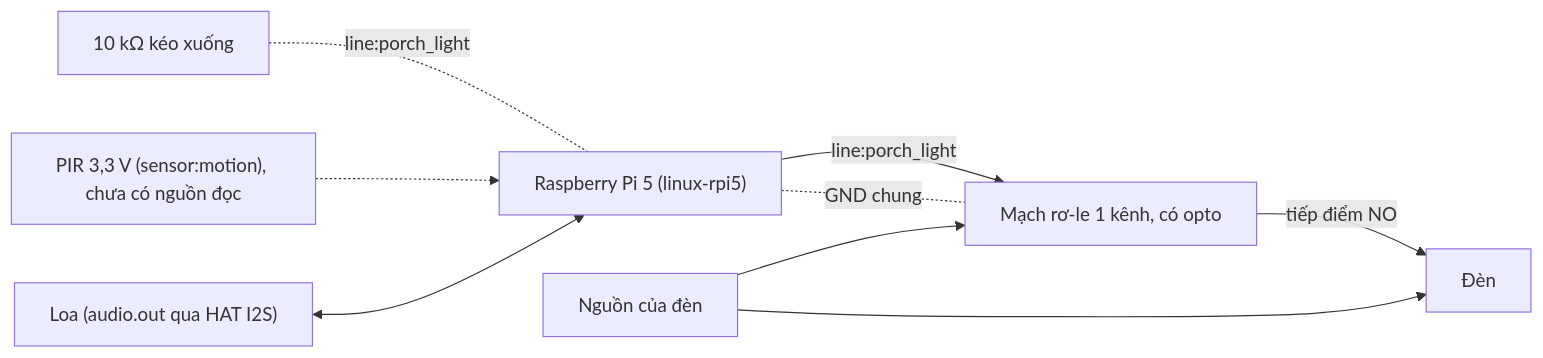
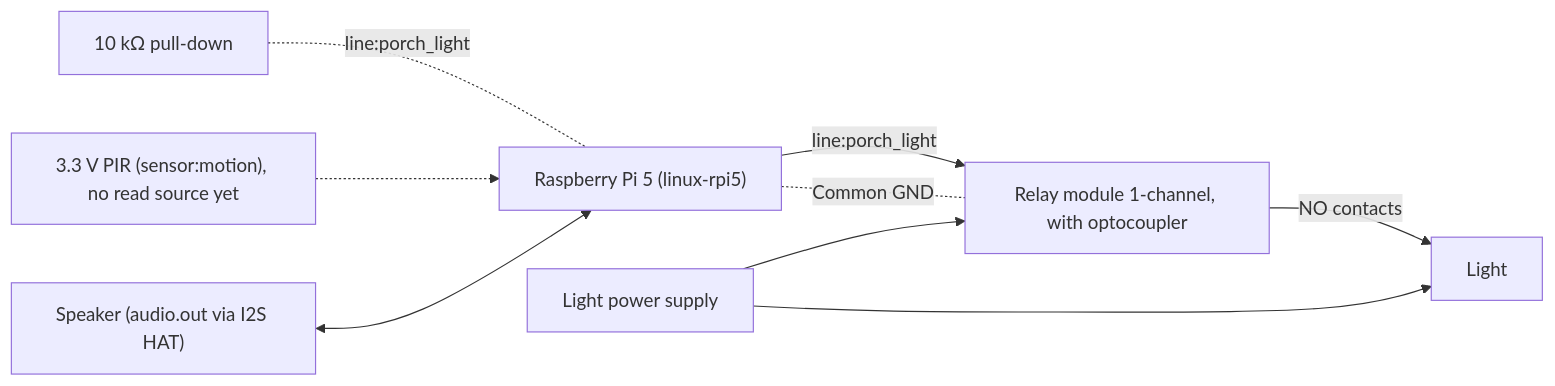
One commit to letrongminh/neuroedge-init changed the first of 2 diagrams in docs/user/kit-tro-ly-giong-noi.md. Above: the diagram before and after it, drawn with Mermaid. The commit also changed other lines of this file and 57 other files, not shown here.

Commit message:
docs in English: spec, architecture 00-05, RFCs, user docs, kits, partner guides, demos, reports, Blueprint proposal

````diff
--- a/docs/user/kit-tro-ly-giong-noi.md
+++ b/docs/user/kit-tro-ly-giong-noi.md
@@ -55,11 +55,11 @@
 ```mermaid
 flowchart LR
-  PI["Raspberry Pi 5 (linux-rpi5)"] -->|"line:porch_light"| RL["Mạch rơ-le 1 kênh, có opto"]
-  PI -. "GND chung" .- RL
-  PSU["Nguồn của đèn"] --> RL
-  RL -->|"tiếp điểm NO"| LAMP["Đèn"]
+  PI["Raspberry Pi 5 (linux-rpi5)"] -->|"line:porch_light"| RL["Relay module 1-channel, with optocoupler"]
+  PI -. "Common GND" .- RL
+  PSU["Light power supply"] --> RL
+  RL -->|"NO contacts"| LAMP["Light"]
   PSU --> LAMP
-  PD["10 kΩ kéo xuống"] -. "line:porch_light" .- PI
-  PIR["PIR 3,3 V (sensor:motion), chưa có nguồn đọc"] -.-> PI
-  SPK["Loa (audio.out qua HAT I2S)"] <--> PI
+  PD["10 kΩ pull-down"] -. "line:porch_light" .- PI
+  PIR["3.3 V PIR (sensor:motion), no read source yet"] -.-> PI
+  SPK["Speaker (audio.out via I2S HAT)"] <--> PI
 ```
````
